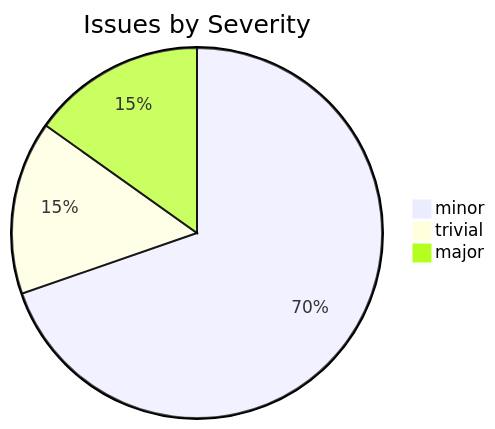
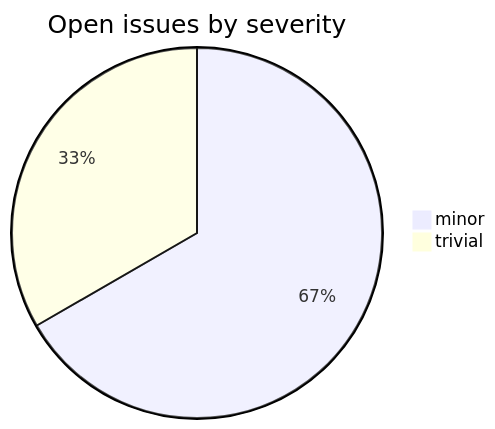
Before and after one commit to sanskrit-lexicon/csl-app: the second of 2 diagrams in README.md, drawn with Mermaid. The commit also changed other lines of this file, not shown here.

````diff
--- a/README.md
+++ b/README.md
@@ -29,6 +37,5 @@
 ```mermaid
-pie title Issues by Severity
-    "minor" : 23
-    "trivial" : 5
-    "major" : 5
+pie title Open issues by severity
+    "minor" : 2
+    "trivial" : 1
 ```
````
